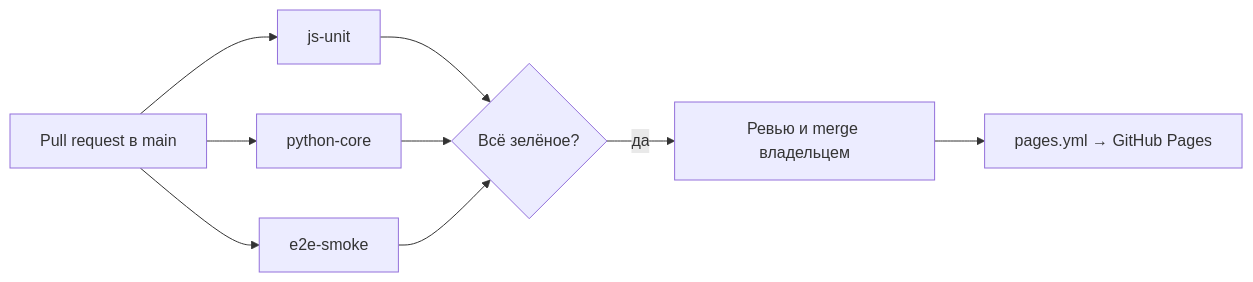
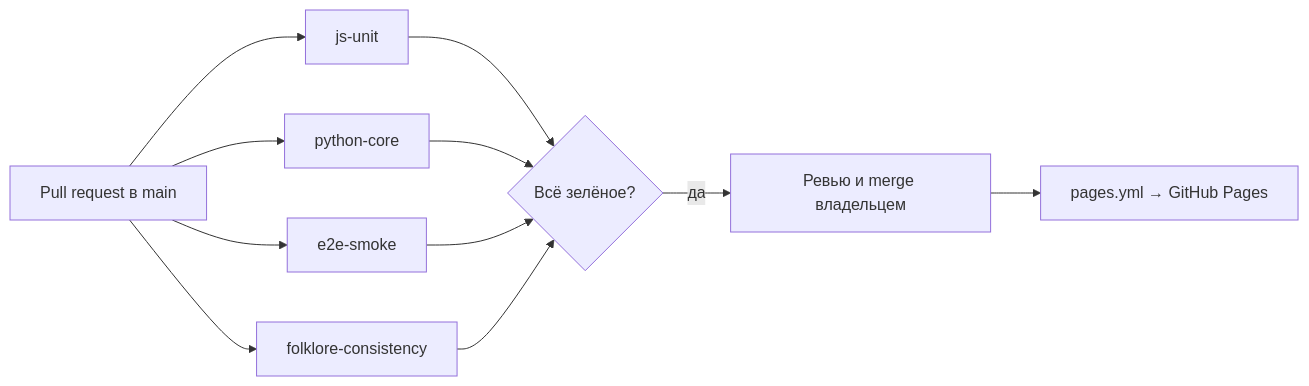
Before and after one commit to velantrian/Eiti-Test-Notes: the sixth of 6 diagrams in docs/ARCHITECTURE.md, drawn with Mermaid. The commit also changed other lines of this file and 1 other file, not shown here.

````diff
--- a/docs/ARCHITECTURE.md
+++ b/docs/ARCHITECTURE.md
@@ -264,9 +271,10 @@
 ```mermaid
 flowchart LR
     PR[Pull request в main] --> J1[js-unit]
     PR --> J2[python-core]
     PR --> J3[e2e-smoke]
-    J1 & J2 & J3 --> OK{Всё зелёное?}
+    PR --> J4[folklore-consistency]
+    J1 & J2 & J3 & J4 --> OK{Всё зелёное?}
     OK -- да --> MERGE[Ревью и merge владельцем]
     MERGE --> PAGES[pages.yml → GitHub Pages]
 ```
````
